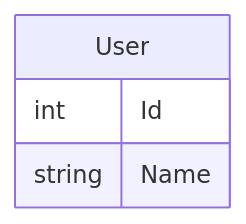
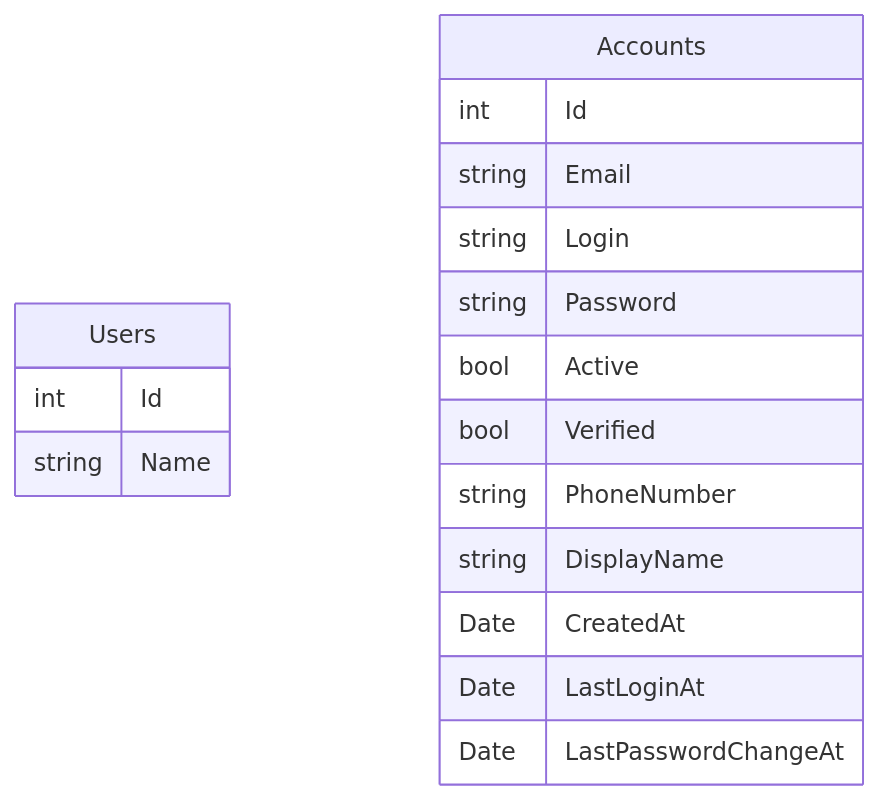
The diagram in README.md (zpi-2023/SensoBackend), drawn with Mermaid before and after one commit.

Commit message:
update db diagram

````diff
--- a/README.md
+++ b/README.md
@@ -78,7 +78,21 @@
 ```mermaid
 erDiagram
-    User {
+    Users {
         int Id 
         string Name 
     }
+
+    Accounts {
+        int Id
+        string Email
+        string Login
+        string Password
+        bool Active
+        bool Verified
+        string PhoneNumber
+        string DisplayName
+        Date CreatedAt
+        Date LastLoginAt
+        Date LastPasswordChangeAt
+    }
 ```
````
